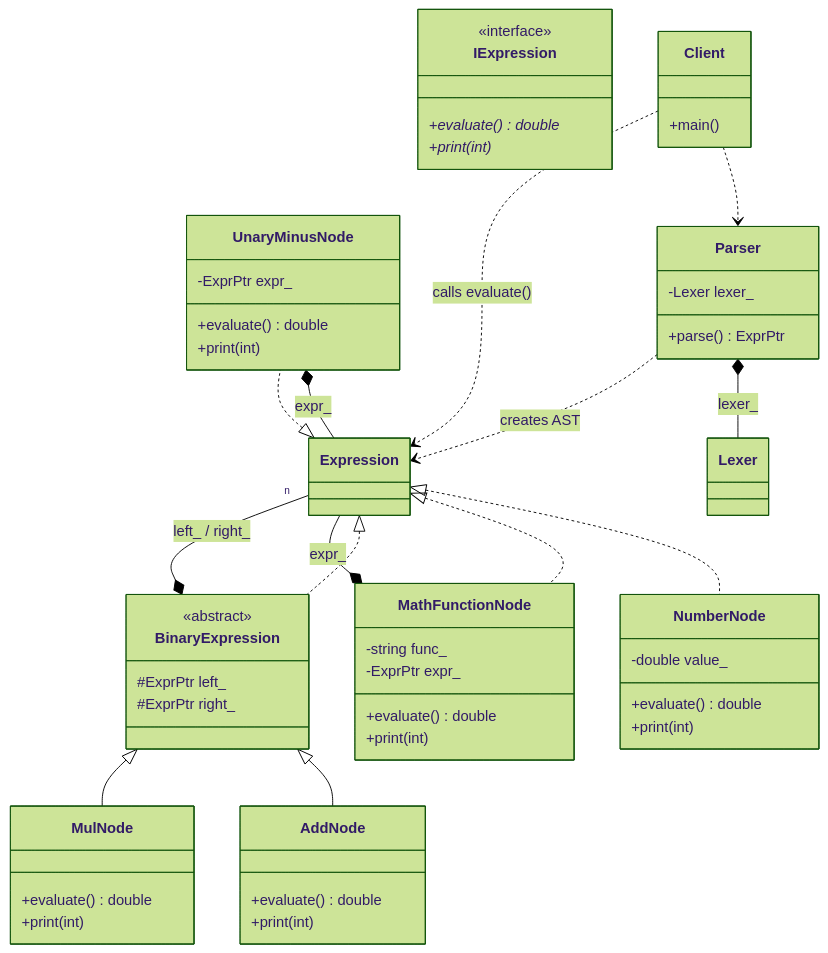
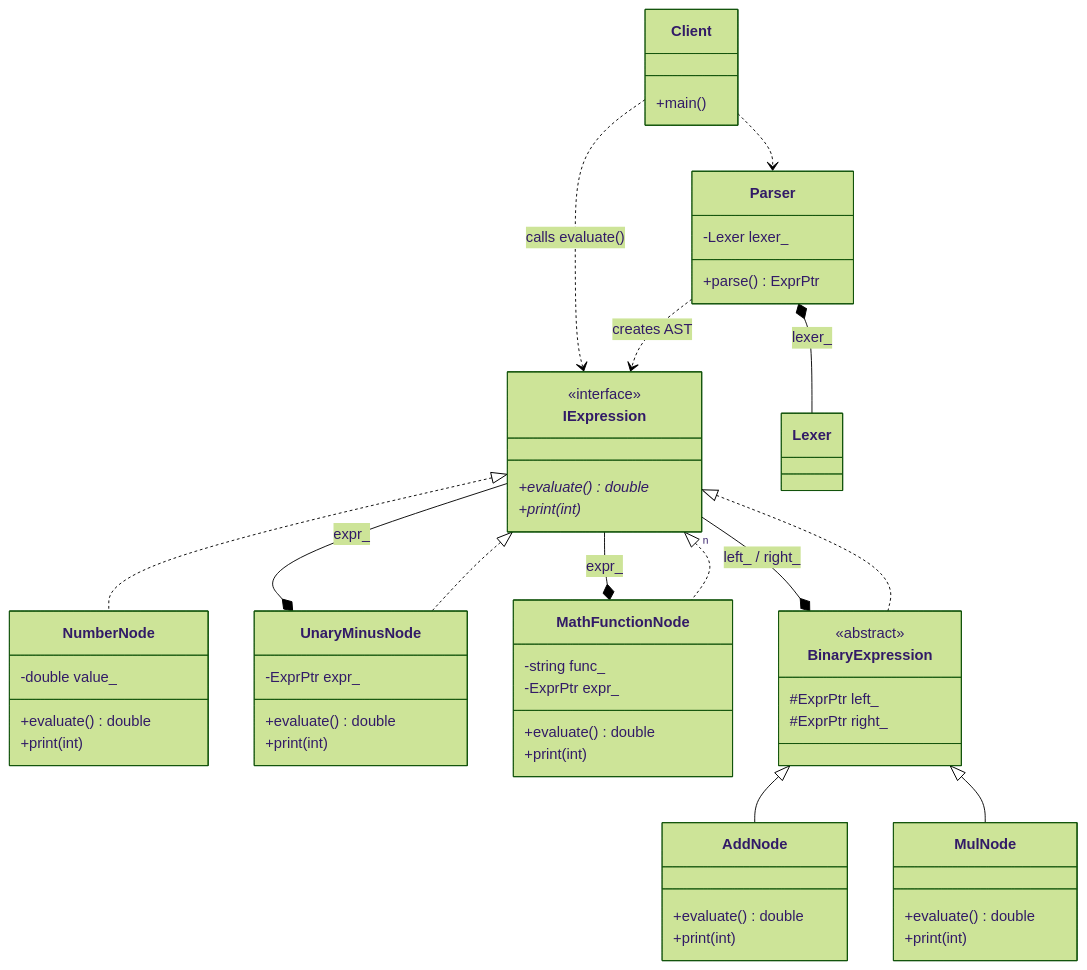
The diagram in 20_Interpreter/Interpreter_GoF_AST/diagram.md (Cichlidfishexigency721/Modern-CPP-Design-Patterns), drawn with Mermaid (forest theme) before and after one commit.

Commit message:
UML improvement

````diff
--- a/20_Interpreter/Interpreter_GoF_AST/diagram.md
+++ b/20_Interpreter/Interpreter_GoF_AST/diagram.md
@@ -3,71 +3,71 @@
 ```mermaid
 classDiagram
    class IExpression {
       <<interface>>
       +evaluate()* double
       +print(int)*
    }
 
    class NumberNode {
       -double value_
       +evaluate() double
       +print(int)
    }
 
    class UnaryMinusNode {
       -ExprPtr expr_
       +evaluate() double
       +print(int)
    }
 
    class MathFunctionNode {
       -string func_
       -ExprPtr expr_
       +evaluate() double
       +print(int)
    }
 
    class BinaryExpression {
       <<abstract>>
       #ExprPtr left_
       #ExprPtr right_
    }
 
    class AddNode {
       +evaluate() double
       +print(int)
    }
 
    class MulNode {
       +evaluate() double
       +print(int)
    }
 
    class Parser {
       -Lexer lexer_
       +parse() ExprPtr
    }
 
    class Client {
       +main()
    }
 
    %% Inheritance
-   Expression <|.. NumberNode
-   Expression <|.. UnaryMinusNode
-   Expression <|.. MathFunctionNode
-   Expression <|.. BinaryExpression
+   IExpression <|.. NumberNode
+   IExpression <|.. UnaryMinusNode
+   IExpression <|.. MathFunctionNode
+   IExpression <|.. BinaryExpression
    BinaryExpression <|-- AddNode
    BinaryExpression <|-- MulNode
 
    %% Composition
-   BinaryExpression *-- "n" Expression : left_ / right_
-   UnaryMinusNode *-- Expression : expr_
-   MathFunctionNode *-- Expression : expr_
+   BinaryExpression *-- "n" IExpression : left_ / right_
+   UnaryMinusNode *-- IExpression : expr_
+   MathFunctionNode *-- IExpression : expr_
    Parser *-- Lexer : lexer_
 
    %% Dependency
-   Parser ..> Expression : creates AST
+   Parser ..> IExpression : creates AST
    Client ..> Parser
-   Client ..> Expression : calls evaluate()
+   Client ..> IExpression : calls evaluate()
 ```
````
